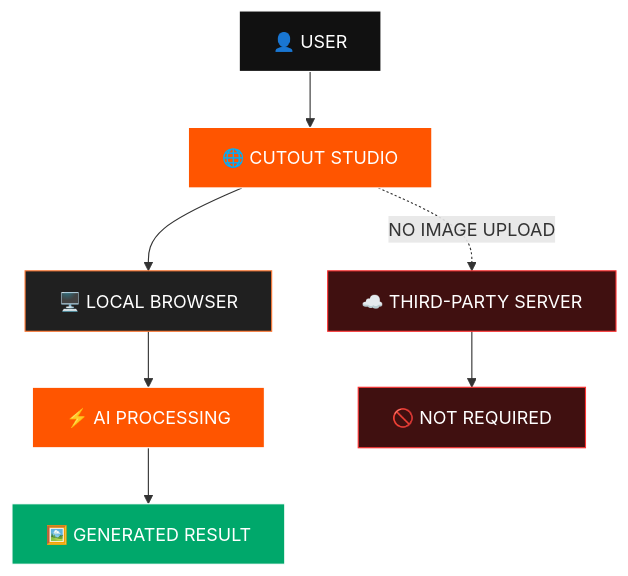
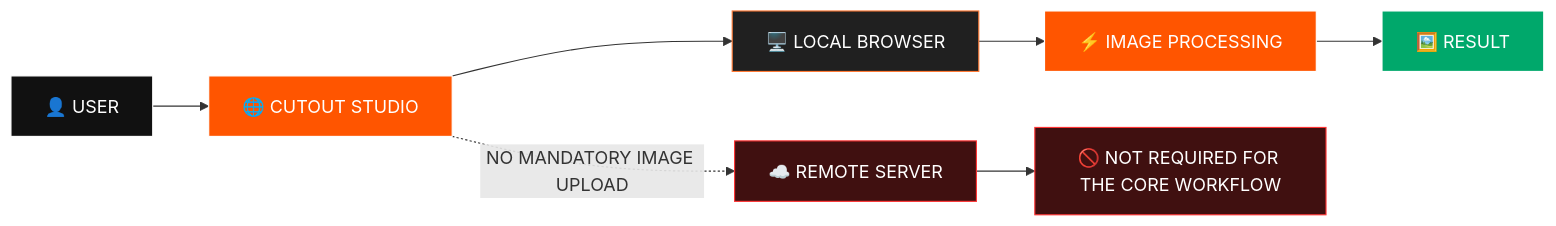
The second of 8 diagrams in README.md (AkshatRaj00/cutout-studio), drawn with Mermaid before and after one commit. The commit also changed other lines of this file, not shown here.

````diff
--- a/README.md
+++ b/README.md
@@ -118,20 +82,19 @@
 ```mermaid
-flowchart TD
+flowchart LR
 
     A["👤 USER"] --> B["🌐 CUTOUT STUDIO"]
+    B --> C["🖥️ LOCAL BROWSER"]
+    C --> D["⚡ IMAGE PROCESSING"]
+    D --> E["🖼️ RESULT"]
 
-    B --> C["🖥️ LOCAL BROWSER"]
-    C --> D["⚡ AI PROCESSING"]
-    D --> E["🖼️ GENERATED RESULT"]
-
-    B -. "NO IMAGE UPLOAD" .-> X["☁️ THIRD-PARTY SERVER"]
-    X --> Y["🚫 NOT REQUIRED"]
+    B -. "NO MANDATORY IMAGE UPLOAD" .-> X["☁️ REMOTE SERVER"]
+    X --> Y["🚫 NOT REQUIRED FOR THE CORE WORKFLOW"]
 
     style A fill:#111111,stroke:#ffffff,color:#ffffff
     style B fill:#ff5500,stroke:#ffffff,color:#ffffff
     style C fill:#202020,stroke:#ff7a35,color:#ffffff
     style D fill:#ff5500,stroke:#ffffff,color:#ffffff
     style E fill:#00a86b,stroke:#ffffff,color:#ffffff
     style X fill:#401010,stroke:#ff3333,color:#ffffff
     style Y fill:#401010,stroke:#ff3333,color:#ffffff
 ```
````
